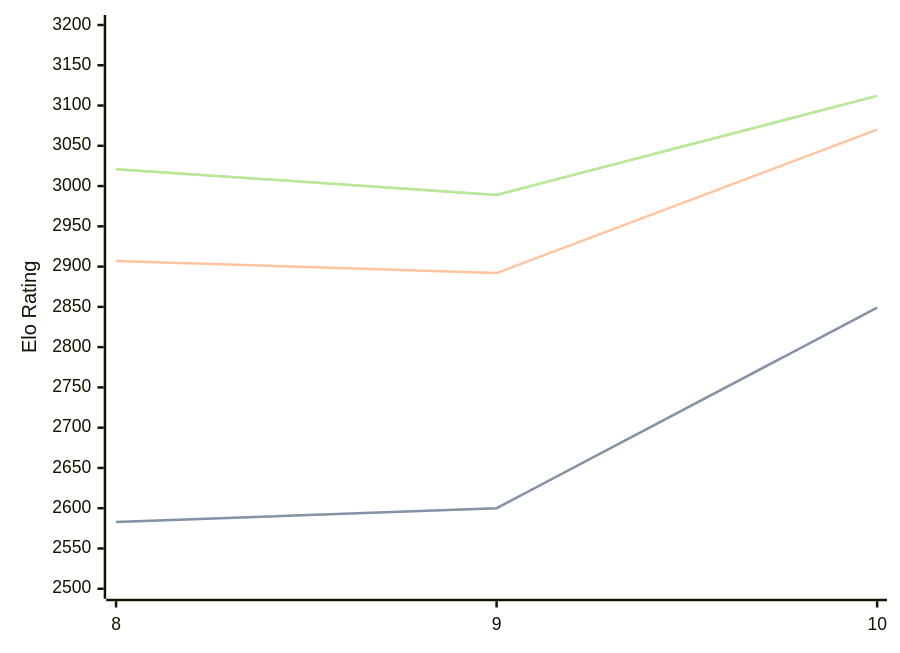
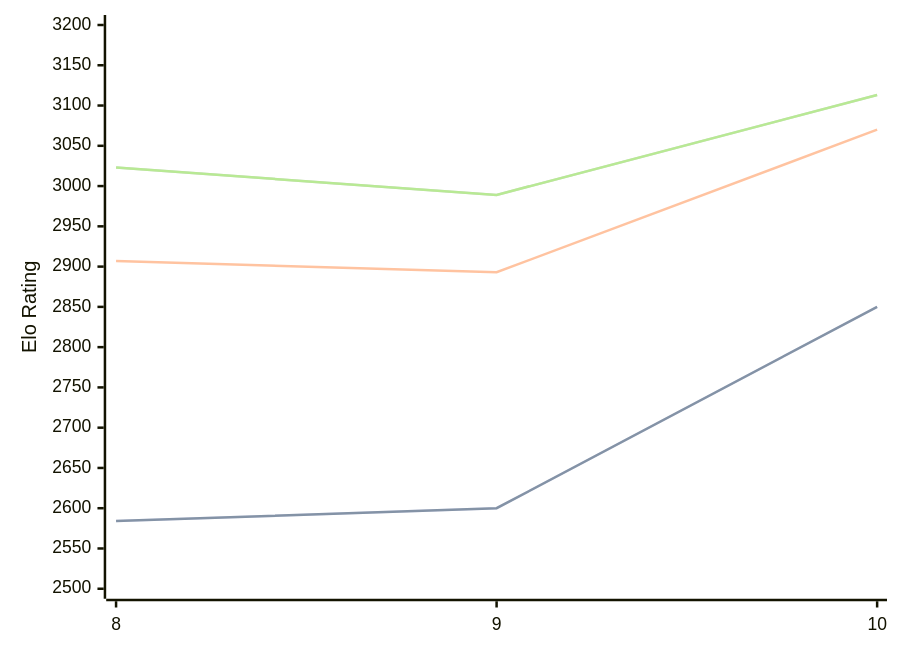
One commit to computer-chess-index/cci changed the diagram in engines/Lozza.md. Above: the diagram before and after it, drawn with Mermaid. The commit also changed other lines of this file, not shown here.

Commit message:
Update CCI Ratings (ELO VLTC) - 2026-07-25

````diff
--- a/engines/Lozza.md
+++ b/engines/Lozza.md
@@ -41,11 +41,11 @@
 ```mermaid
 %%{init: {"theme":"base","themeVariables":{"seriesColors:['#a3a3a3','#222221','#faa371']}}}%%
 xychart-beta
   x-axis ["8", "9", "10"]
   y-axis "Elo Rating" 2500 --> 3200
-  line "STC (8.0+0.08s)" [2583, 2600, 2849]
-  line "STC (8.0+0.08s)" [2583, 2600, 2849]
-  line "LTC (60.0+0.60s)" [2907, 2892, 3070]
-  line "VLTC (2m24s+1.12s)" [3021, 2989, 3112]
-  line "VLTC (2m24s+1.12s)" [3021, 2989, 3112]
+  line "STC (8.0+0.08s)" [2584, 2600, 2850]
+  line "STC (8.0+0.08s)" [2584, 2600, 2850]
+  line "LTC (60.0+0.60s)" [2907, 2893, 3070]
+  line "VLTC (2m24s+1.12s)" [3023, 2989, 3113]
+  line "VLTC (2m24s+1.12s)" [3023, 2989, 3113]
 ```
````
